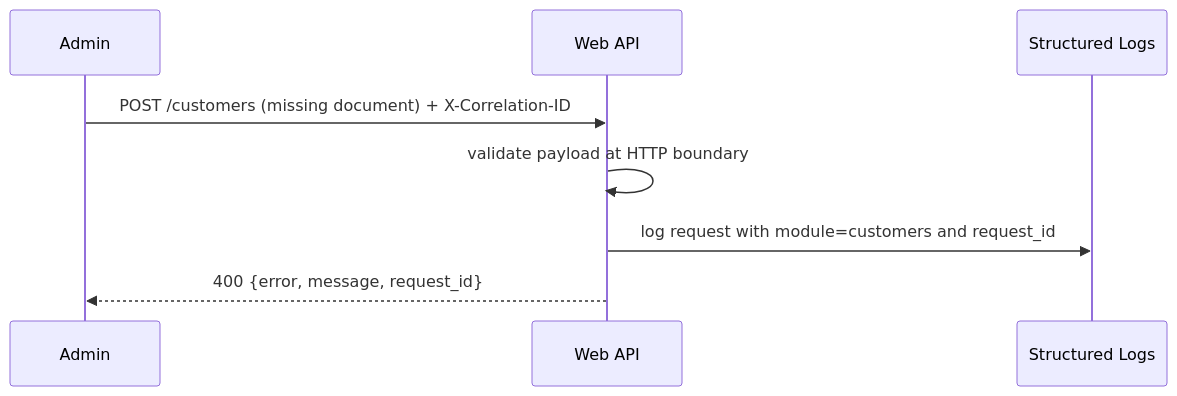
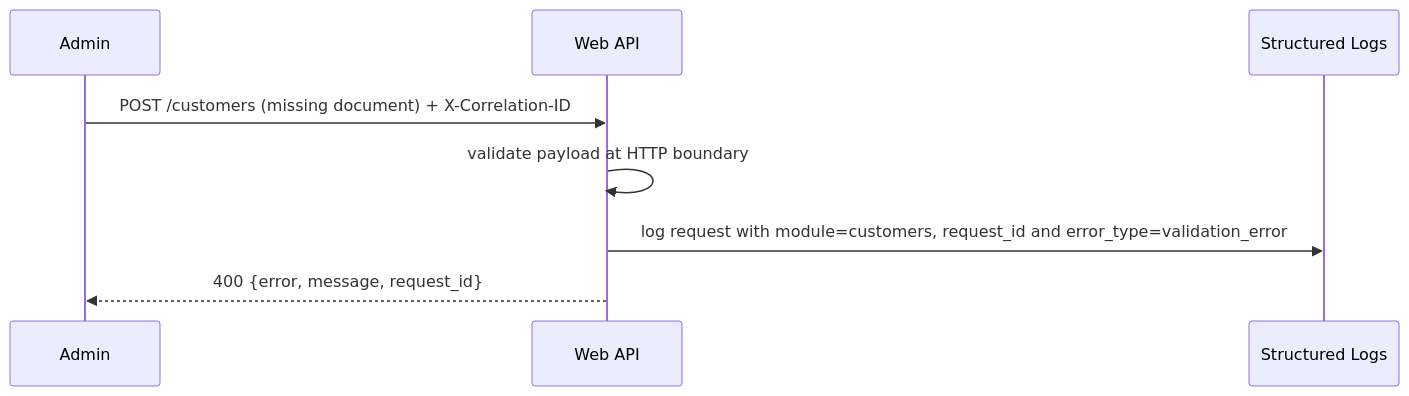
The sixth of 6 diagrams in docs/diagrams/architecture.md (rgomids/atlas-erp-core), drawn with Mermaid before and after one commit. The commit also changed other lines of this file and 49 other files, not shown here.

````diff
--- a/docs/diagrams/architecture.md
+++ b/docs/diagrams/architecture.md
@@ -159,11 +149,11 @@
 ```mermaid
 sequenceDiagram
     participant Admin
     participant API as Web API
     participant Logs as Structured Logs
 
     Admin->>API: POST /customers (missing document) + X-Correlation-ID
     API->>API: validate payload at HTTP boundary
-    API->>Logs: log request with module=customers and request_id
+    API->>Logs: log request with module=customers, request_id and error_type=validation_error
     API-->>Admin: 400 {error, message, request_id}
 ```
````
